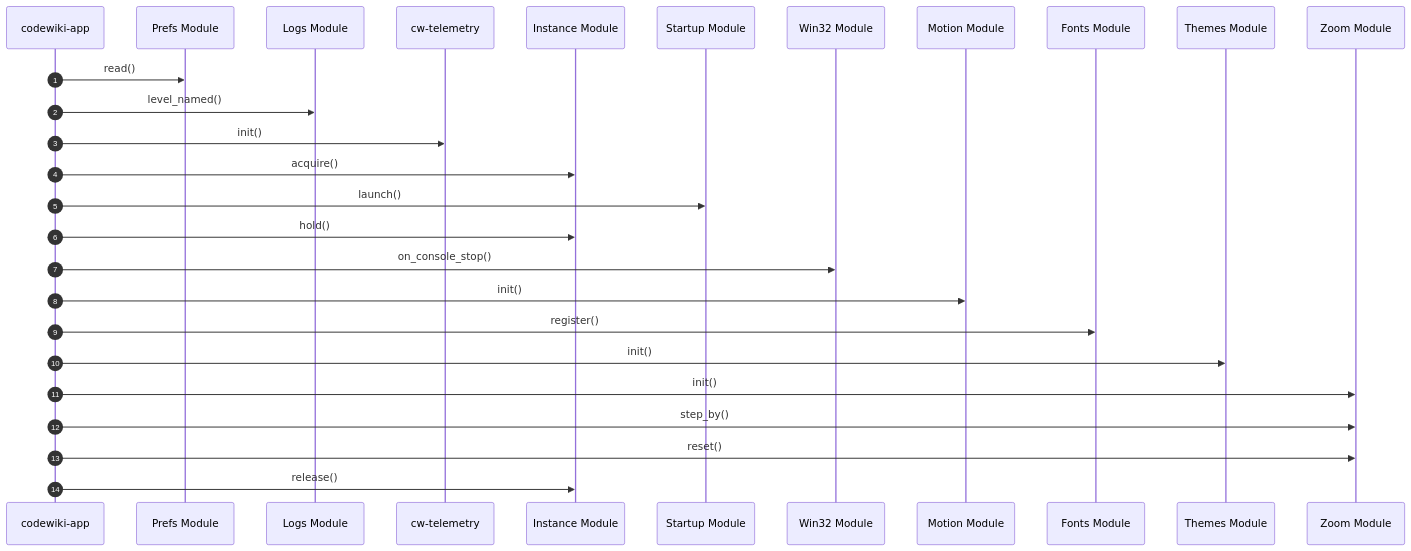
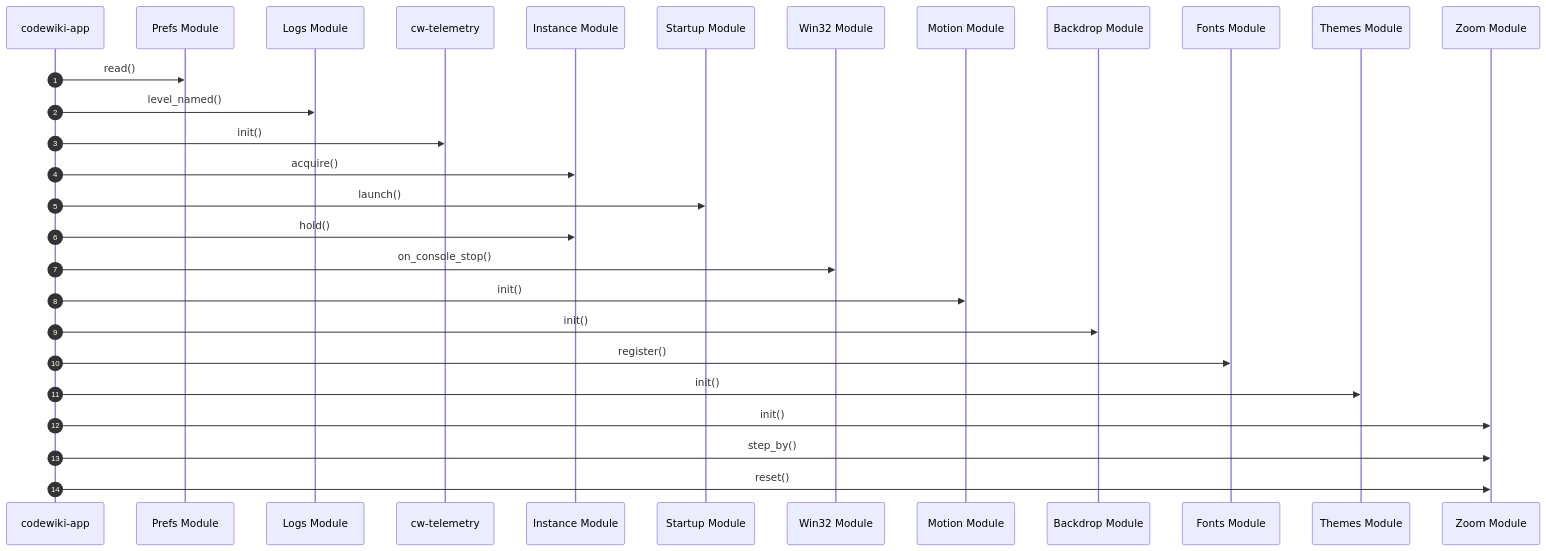
The diagram in obsidian/00-Architecture/codewiki-app Startup Flow.md (Fly-onlyone/CodeWiki), drawn with Mermaid before and after one commit. The commit also changed other lines of this file and 87 other files, not shown here.

````diff
--- a/obsidian/00-Architecture/codewiki-app Startup Flow.md
+++ b/obsidian/00-Architecture/codewiki-app Startup Flow.md
@@ -15,29 +15,30 @@
 ```mermaid
 sequenceDiagram
     autonumber
     participant p0 as codewiki-app
     participant p1 as Prefs Module
     participant p2 as Logs Module
     participant p3 as cw-telemetry
     participant p4 as Instance Module
     participant p5 as Startup Module
     participant p6 as Win32 Module
     participant p7 as Motion Module
-    participant p8 as Fonts Module
-    participant p9 as Themes Module
-    participant p10 as Zoom Module
+    participant p8 as Backdrop Module
+    participant p9 as Fonts Module
+    participant p10 as Themes Module
+    participant p11 as Zoom Module
     p0->>p1: read()
     p0->>p2: level_named()
     p0->>p3: init()
     p0->>p4: acquire()
     p0->>p5: launch()
     p0->>p4: hold()
     p0->>p6: on_console_stop()
     p0->>p7: init()
-    p0->>p8: register()
-    p0->>p9: init()
+    p0->>p8: init()
+    p0->>p9: register()
     p0->>p10: init()
-    p0->>p10: step_by()
-    p0->>p10: reset()
-    p0->>p4: release()
+    p0->>p11: init()
+    p0->>p11: step_by()
+    p0->>p11: reset()
 ```
````
